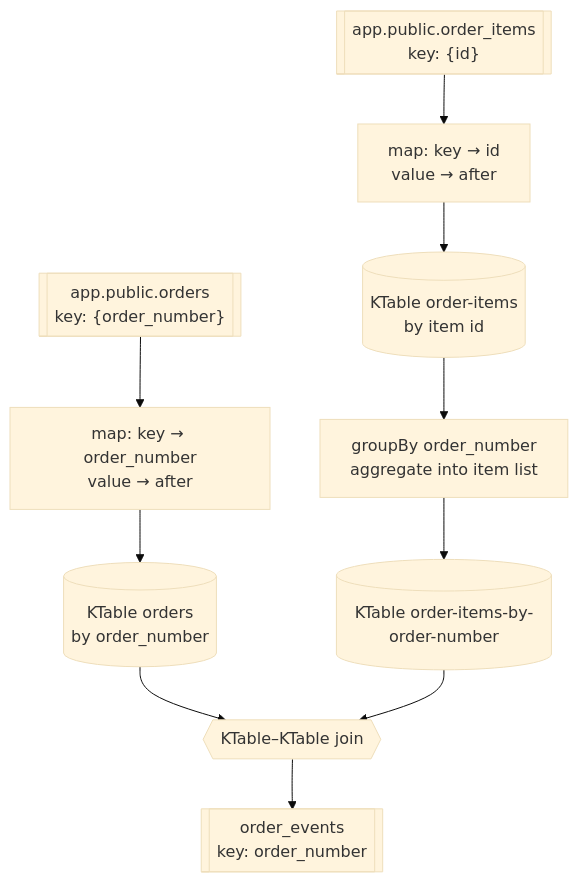
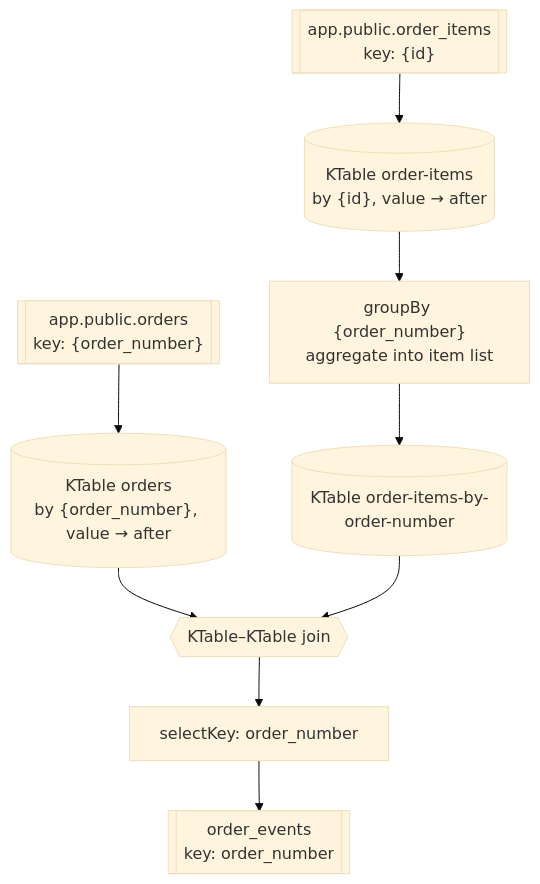
The third of 3 diagrams in README.md (ldworski/data-liberation-with-debezium), drawn with Mermaid (base theme) before and after one commit. The commit also changed other lines of this file and 3 other files, not shown here.

````diff
--- a/README.md
+++ b/README.md
@@ -178,17 +180,15 @@
 ```mermaid
 flowchart TB
     O[["app.public.orders<br/>key: {order_number}"]]
     I[["app.public.order_items<br/>key: {id}"]]
 
-    O --> OM["map: key → order_number<br/>value → after"]
-    OM --> OT[("KTable orders<br/>by order_number")]
-
-    I --> IM["map: key → id<br/>value → after"]
-    IM --> IT[("KTable order-items<br/>by item id")]
-    IT --> G["groupBy order_number<br/>aggregate into item list"]
+    O --> OT[("KTable orders<br/>by {order_number}, value → after")]
+    I --> IT[("KTable order-items<br/>by {id}, value → after")]
+    IT --> G["groupBy {order_number}<br/>aggregate into item list"]
     G --> GT[("KTable order-items-by-order-number")]
 
     OT --> J{{"KTable–KTable join"}}
     GT --> J
-    J --> E[["order_events<br/>key: order_number"]]
+    J --> K["selectKey: order_number"]
+    K --> E[["order_events<br/>key: order_number"]]
 ```
````
